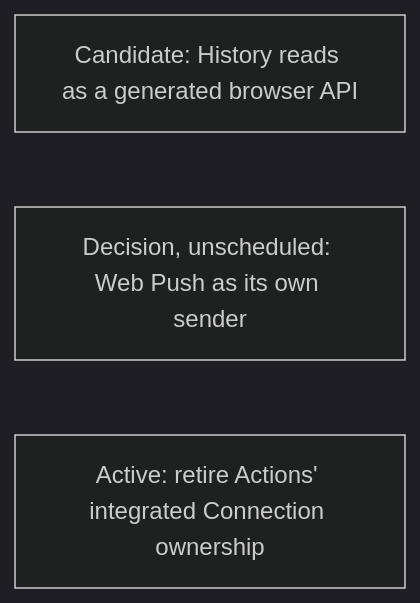
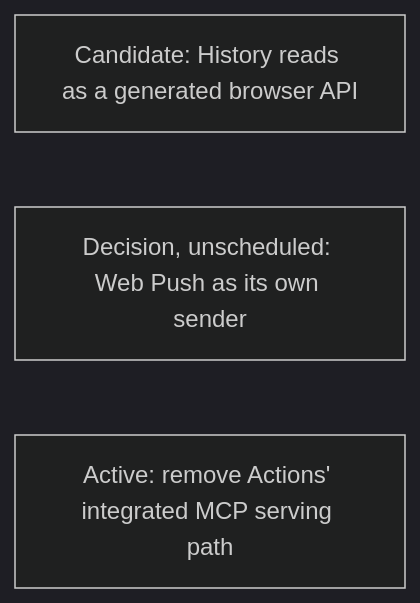
Diagram 18 of 20 in agentplane/plans/task_dag.md (agentydragon-agent/ducktape), drawn with Mermaid (dark theme) before and after one commit. The commit also changed other lines of this file and 38 other files, not shown here.

````diff
--- a/agentplane/plans/task_dag.md
+++ b/agentplane/plans/task_dag.md
@@ -1783,6 +1783,6 @@
 ```mermaid
 flowchart LR
     HISTORY_READS_FACADE[Candidate: History reads as a generated browser API]
     WEB_PUSH_SERVICE[Decision, unscheduled: Web Push as its own sender]
-    ACTION_MCP_EDGE_SPLIT[Active: retire Actions' integrated Connection ownership]
+    ACTION_MCP_EDGE_SPLIT[Active: remove Actions' integrated MCP serving path]
 ```
````
